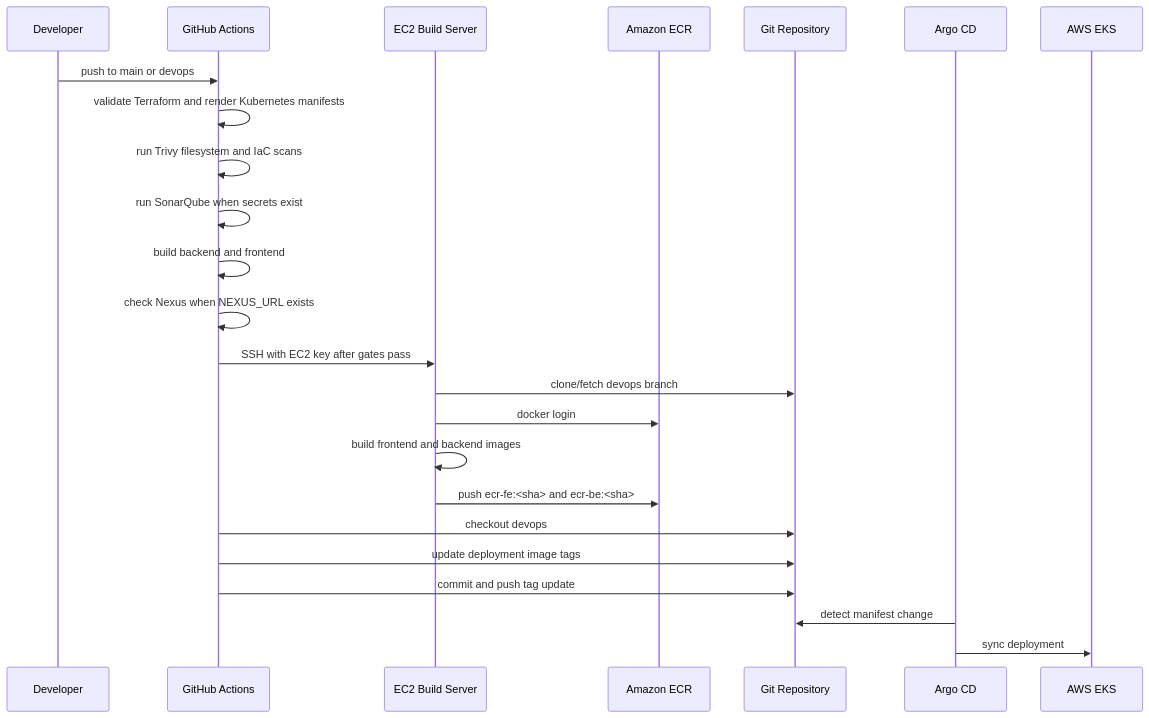
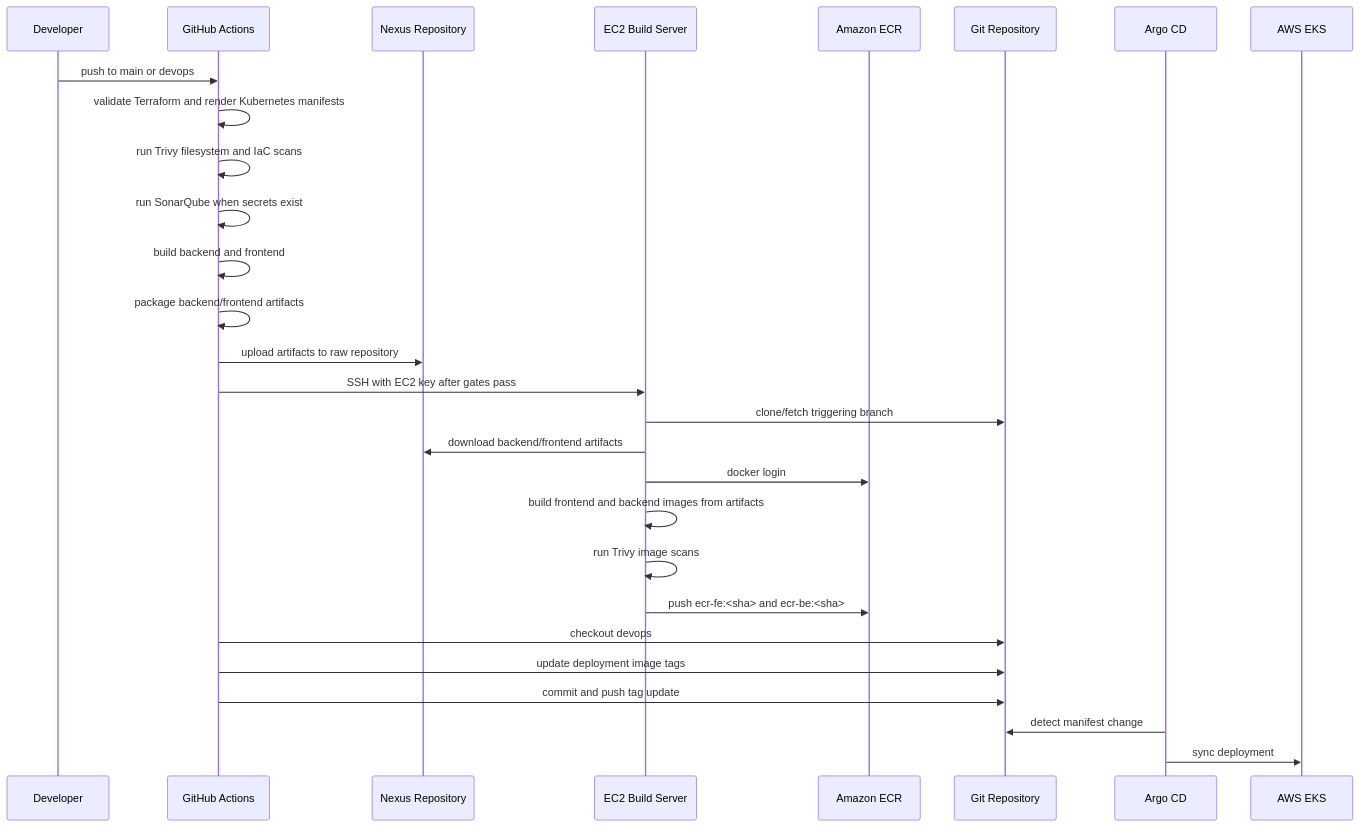
Before and after one commit to Kien-devops/eks-cicd-argocd-sec-monitor: the second of 2 diagrams in .github/workflows/README.md, drawn with Mermaid. The commit also changed other lines of this file and 2 other files, not shown here.

Commit message:
ci: build images from nexus artifacts

````diff
--- a/.github/workflows/README.md
+++ b/.github/workflows/README.md
@@ -43,27 +45,31 @@
 ```mermaid
 sequenceDiagram
   participant Dev as Developer
   participant GH as GitHub Actions
+  participant Nexus as Nexus Repository
   participant EC2 as EC2 Build Server
   participant ECR as Amazon ECR
   participant Git as Git Repository
   participant Argo as Argo CD
   participant EKS as AWS EKS
 
   Dev->>GH: push to main or devops
   GH->>GH: validate Terraform and render Kubernetes manifests
   GH->>GH: run Trivy filesystem and IaC scans
   GH->>GH: run SonarQube when secrets exist
   GH->>GH: build backend and frontend
-  GH->>GH: check Nexus when NEXUS_URL exists
+  GH->>GH: package backend/frontend artifacts
+  GH->>Nexus: upload artifacts to raw repository
   GH->>EC2: SSH with EC2 key after gates pass
-  EC2->>Git: clone/fetch devops branch
+  EC2->>Git: clone/fetch triggering branch
+  EC2->>Nexus: download backend/frontend artifacts
   EC2->>ECR: docker login
-  EC2->>EC2: build frontend and backend images
+  EC2->>EC2: build frontend and backend images from artifacts
+  EC2->>EC2: run Trivy image scans
   EC2->>ECR: push ecr-fe:<sha> and ecr-be:<sha>
   GH->>Git: checkout devops
   GH->>Git: update deployment image tags
   GH->>Git: commit and push tag update
   Argo->>Git: detect manifest change
   Argo->>EKS: sync deployment
 ```
````
